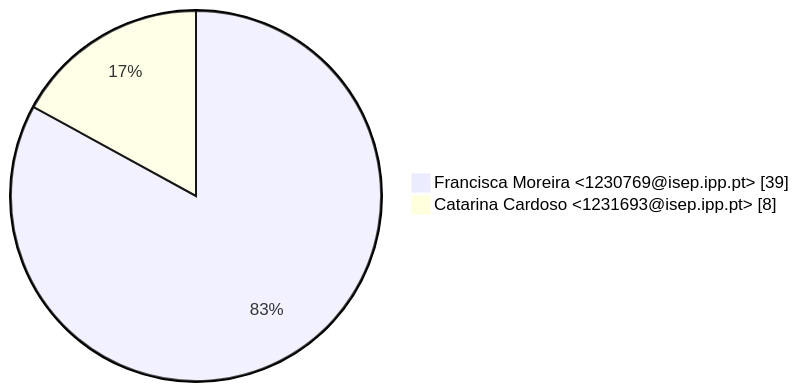
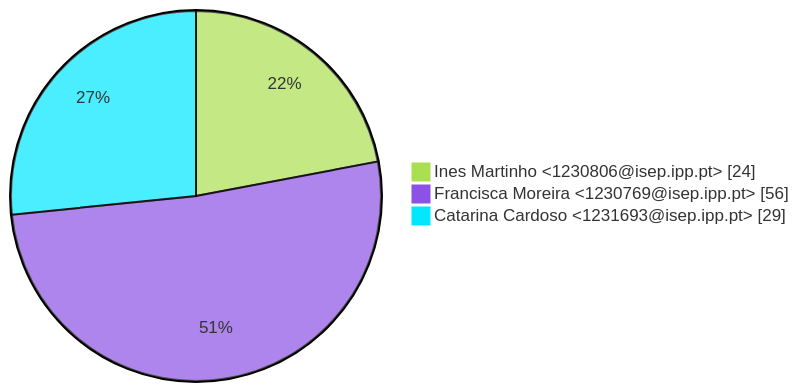
The third of 3 diagrams in GitAnalysis/Sprint_2/Contributions.md (catarina65-isep/LSIS-Equipa-9), drawn with Mermaid before and after one commit. The commit also changed other lines of this file and 1 other file, not shown here.

````diff
--- a/GitAnalysis/Sprint_2/Contributions.md
+++ b/GitAnalysis/Sprint_2/Contributions.md
@@ -22,5 +27,7 @@
 ```mermaid
+%%{init: {'theme': 'base', 'themeVariables': { 'pie1': '#AADF51', 'pie2': '#8C51E6', 'pie3': '#00E7FE', 'pie4': '#F84B62', 'pie5': '#FFDE72', 'pie6': '#3060CF', 'pie7': '#59C9A5'}}}%%
 pie showData
-    " Francisca Moreira <1230769@isep.ipp.pt>" : 39
-    " Catarina Cardoso <1231693@isep.ipp.pt>" : 8
+    " Ines Martinho <1230806@isep.ipp.pt>" : 24
+    " Francisca Moreira <1230769@isep.ipp.pt>" : 56
+    " Catarina Cardoso <1231693@isep.ipp.pt>" : 29
 ```
````
